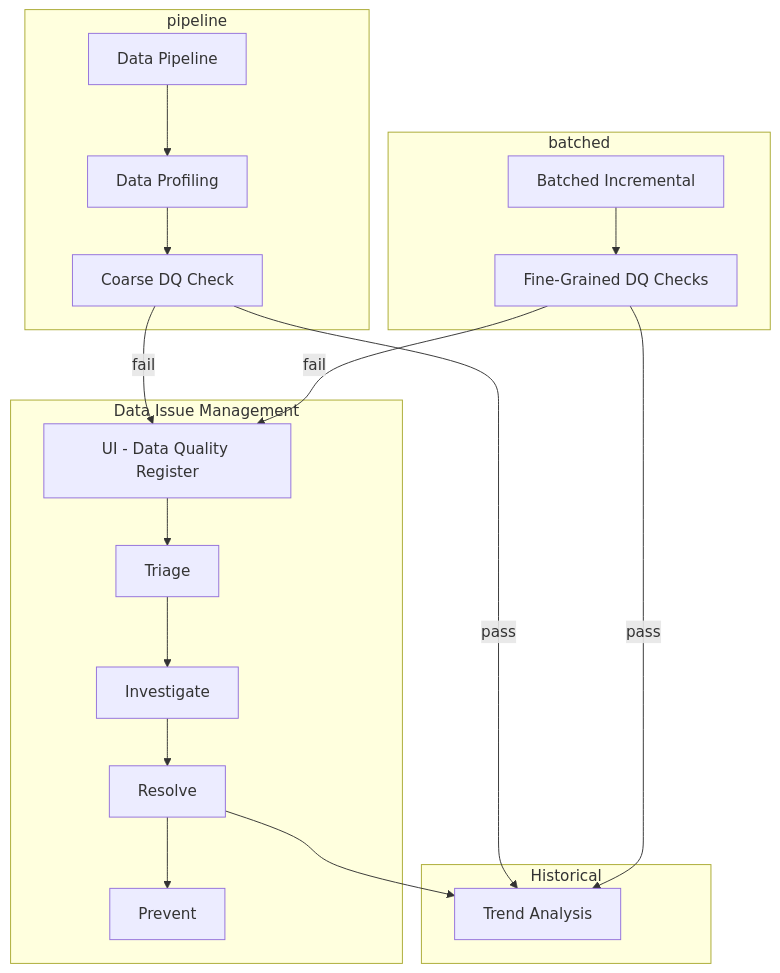
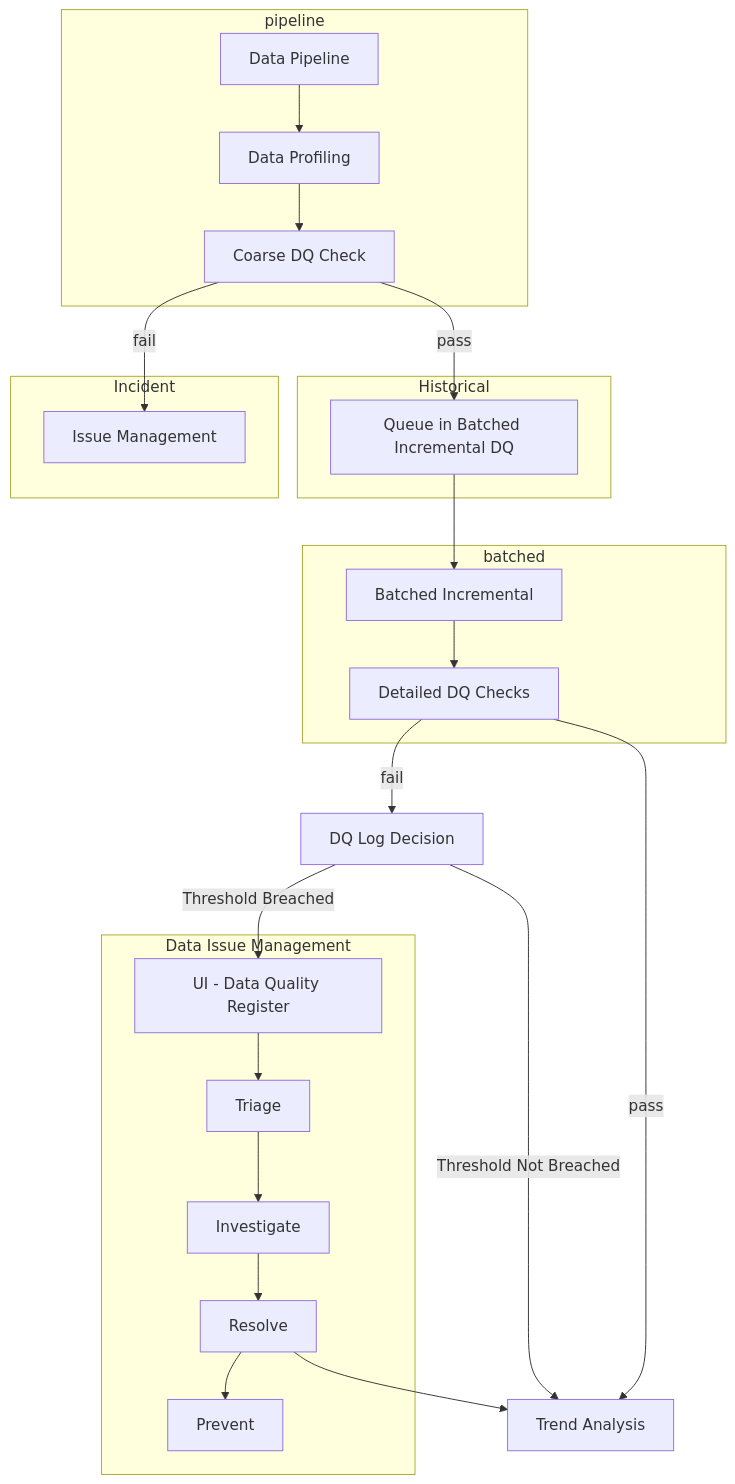
Before and after one commit to Panthers-Labs-Pvt-Ltd/progressive.mind.framework: the diagram in chimera-docs/docs/Data_Management/DataQuality/README.md, drawn with Mermaid. The commit also changed other lines of this file, not shown here.

Commit message:
Data Quality

````diff
--- a/chimera-docs/docs/Data_Management/DataQuality/README.md
+++ b/chimera-docs/docs/Data_Management/DataQuality/README.md
@@ -13,34 +12,40 @@
 ```mermaid
 graph TD;
     A[Data Pipeline] --> B[Data Profiling];
     B --> C[Coarse DQ Check];
-    C --fail--> D[UI - Data Quality Register];
-    C --pass--> E[Trend Analysis];
-    F[Batched Incremental] --> K[Fine-Grained DQ Checks];
-    K --pass--> E;
-    K --fail--> D; 
+    C --fail--> N[Issue Management];
+    C --pass--> E[Queue in Batched Incremental DQ];
+    E --> F;
+    F[Batched Incremental] --> K[Detailed DQ Checks];
+    K --pass--> L[Trend Analysis];
+    K --fail--> M[DQ Log Decision];
+    M --Threshold Breached-->D[UI - Data Quality Register];
+    M --Threshold Not Breached-->L;
     D --> G[Triage];
     G --> H[Investigate];
     H --> I[Resolve];
     I --> J[Prevent];
-    I --> E;
+    I --> L;
   subgraph pipeline
       A
       B
       C
   end
   subgraph batched
       F
       K
   end
   subgraph Data Issue Management 
       D
       G
       H
       I
       J
   end
   subgraph Historical
       E
   end
+  subgraph Incident 
+      N
+  end
 ```
````
